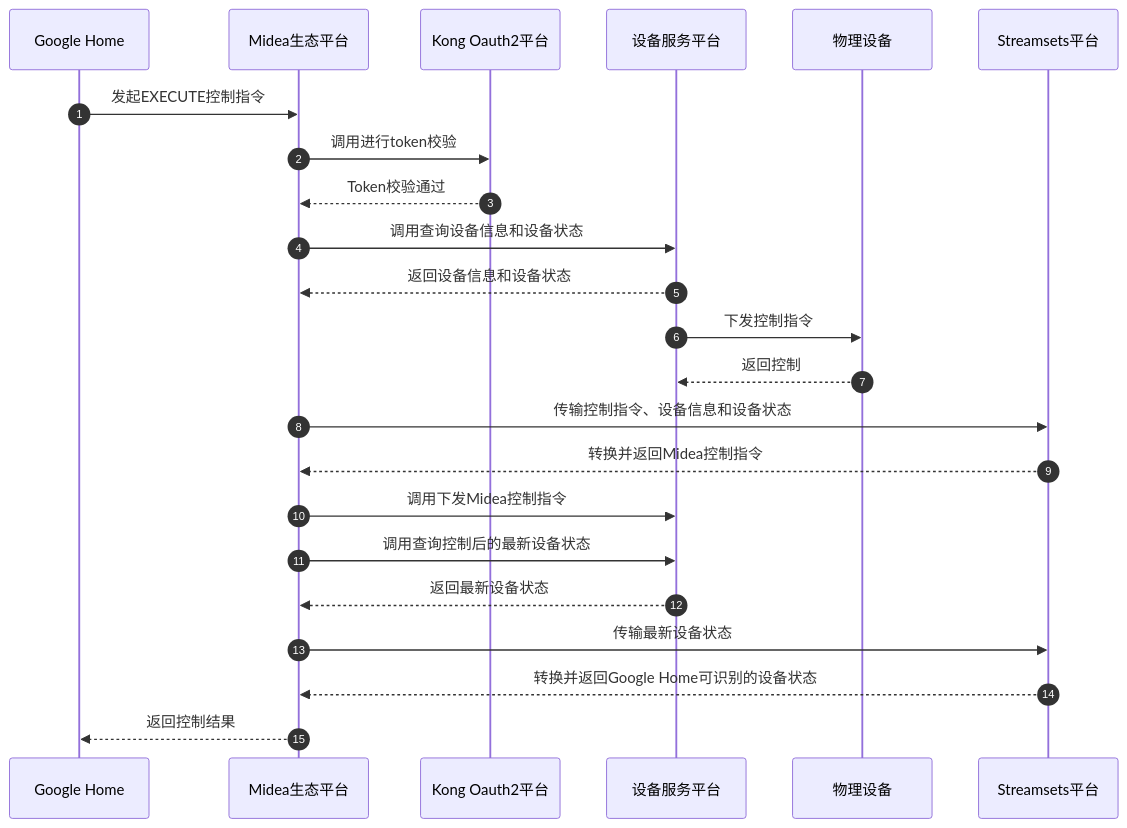
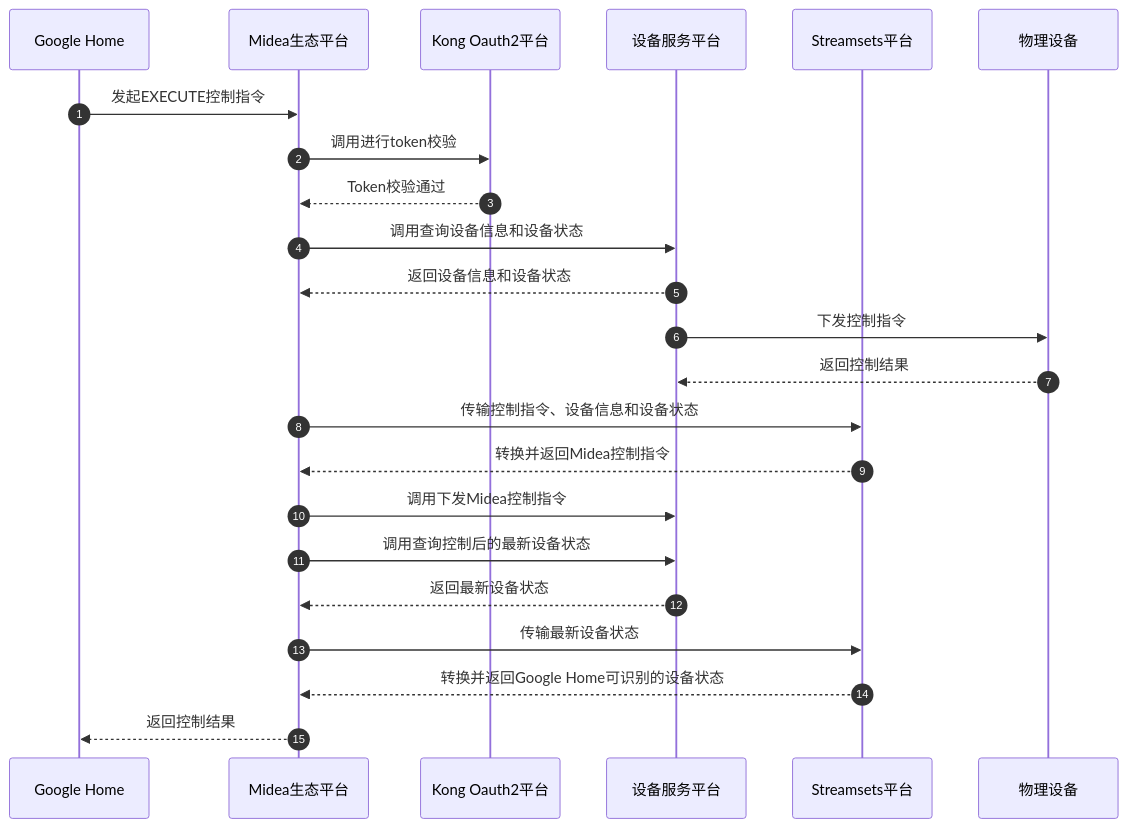
Before and after one commit to ixiaoyang8/iodraw-files: the diagram in all/未命名-19.md, drawn with Mermaid.

Commit message:
2026-06-11 11:18:22 update

````diff
--- a/all/未命名-19.md
+++ b/all/未命名-19.md
@@ -1,27 +1,28 @@
 ```mermaid
 sequenceDiagram
     autonumber
     participant GoogleHome as Google Home
     participant MideaEco as Midea生态平台
     participant KongOAuth as Kong Oauth2平台
     participant DevService as 设备服务平台
+    participant Streamsets as Streamsets平台
     participant Device as 物理设备
-    participant Streamsets as Streamsets平台
+    
 
     GoogleHome->>MideaEco: 发起EXECUTE控制指令
     MideaEco->>KongOAuth: 调用进行token校验
     KongOAuth-->>MideaEco: Token校验通过
     MideaEco->>DevService: 调用查询设备信息和设备状态
     DevService-->>MideaEco: 返回设备信息和设备状态
     DevService->>Device: 下发控制指令
-    Device-->>DevService: 返回控制
+    Device-->>DevService: 返回控制结果
     MideaEco->>Streamsets: 传输控制指令、设备信息和设备状态
     Streamsets-->>MideaEco: 转换并返回Midea控制指令
     MideaEco->>DevService: 调用下发Midea控制指令
     MideaEco->>DevService: 调用查询控制后的最新设备状态
     DevService-->>MideaEco: 返回最新设备状态
     MideaEco->>Streamsets: 传输最新设备状态
     Streamsets-->>MideaEco: 转换并返回Google Home可识别的设备状态
     MideaEco-->>GoogleHome: 返回控制结果
 
 ```
````
